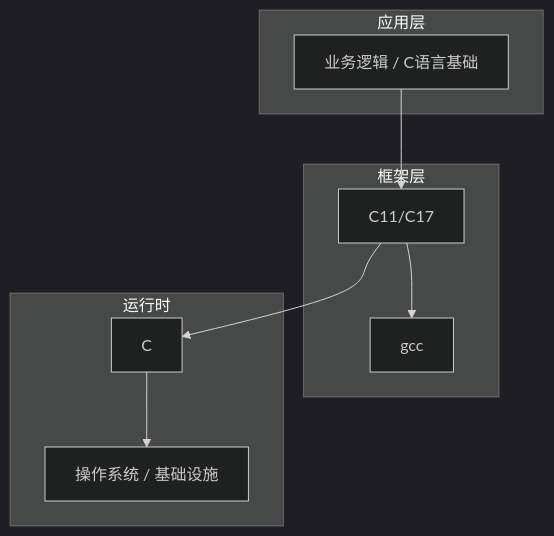
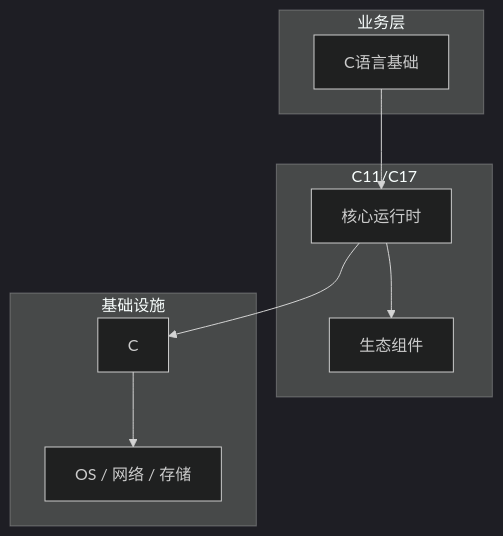
The diagram in articles/C语言/chapters/001-C语言基础核心概念与原理.md (yanggan2015/knowledge-json-v2), drawn with Mermaid (dark theme) before and after one commit. The commit also changed other lines of this file and 10127 other files, not shown here.

````diff
--- a/articles/C语言/chapters/001-C语言基础核心概念与原理.md
+++ b/articles/C语言/chapters/001-C语言基础核心概念与原理.md
@@ -45,18 +34,18 @@
 ```mermaid
 graph TB
-    subgraph 应用层
-        A[业务逻辑 / C语言基础]
+    subgraph 业务层
+        A[C语言基础]
     end
-    subgraph 框架层
-        B[C11/C17]
-        C[gcc]
+    subgraph C11/C17
+        B[核心运行时]
+        C[生态组件]
     end
-    subgraph 运行时
+    subgraph 基础设施
         D[C]
-        E[操作系统 / 基础设施]
+        E[OS / 网络 / 存储]
     end
     A --> B
     B --> C
     B --> D
     D --> E
 ```
````
